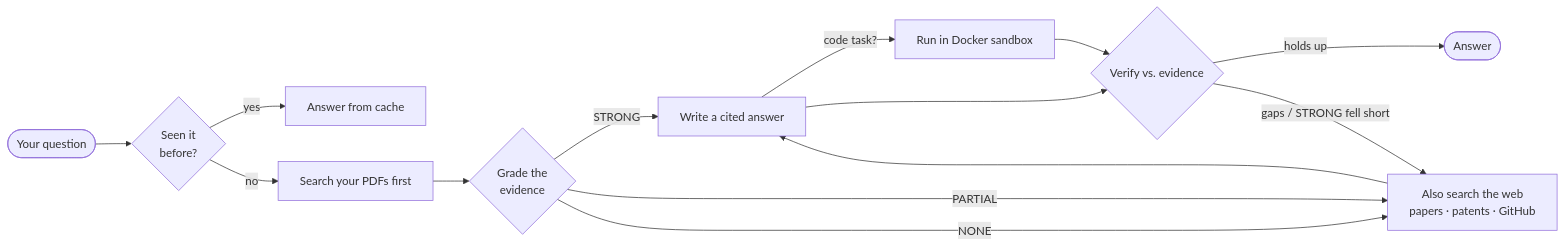
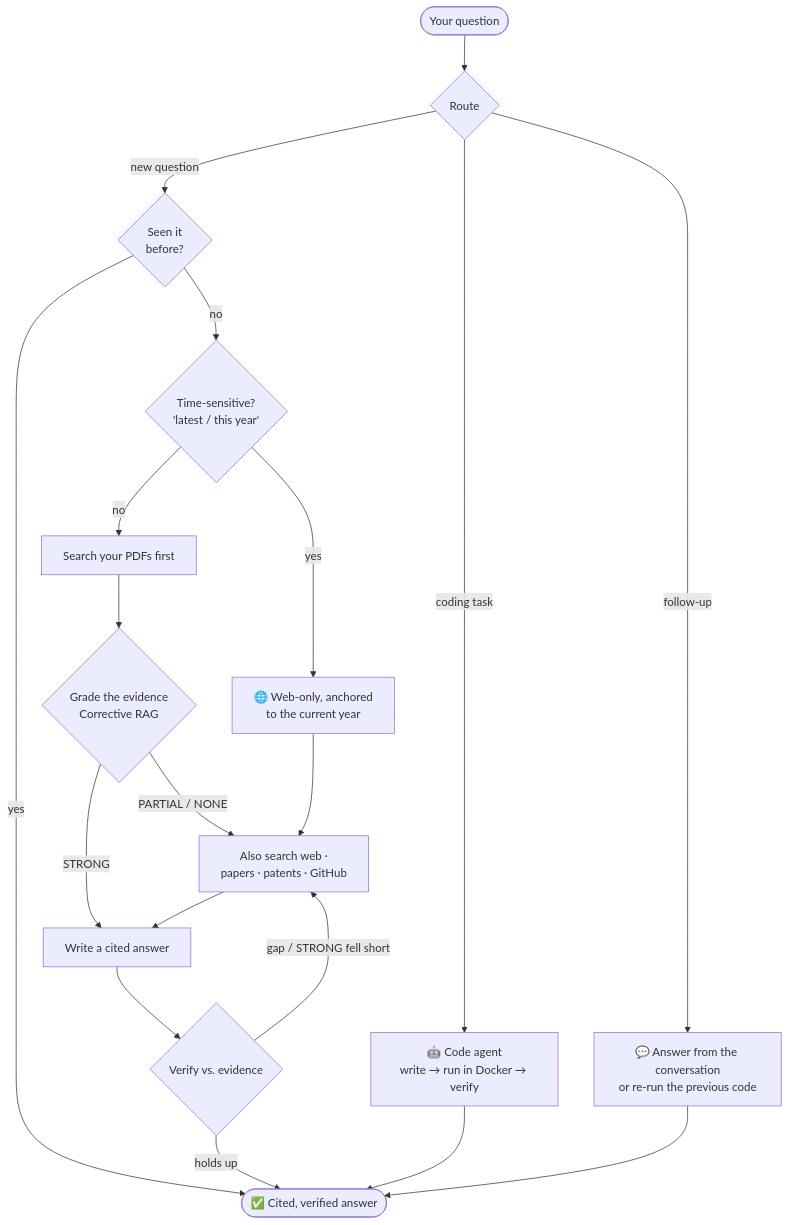
Before and after one commit to anistondeveloperteam-ANT/Audio-research-assistant: the first of 2 diagrams in README.md, drawn with Mermaid. The commit also changed other lines of this file and 6 other files, not shown here.

First line of the commit message:
docs: relicense MIT, refresh README + pipeline diagram, prune internal docs

````diff
--- a/README.md
+++ b/README.md
@@ -116,16 +115,21 @@
 ```mermaid
-flowchart LR
-    Q([Your question]) --> M{Seen it<br/>before?}
-    M -- yes --> C[Answer from cache]
-    M -- no --> L[Search your PDFs first]
-    L --> G{Grade the<br/>evidence}
+flowchart TD
+    Q([Your question]) --> R{Route}
+    R -- coding task --> AGT["🤖 Code agent<br/>write → run in Docker → verify"]
+    R -- follow-up --> FUP["💬 Answer from the conversation<br/>or re-run the previous code"]
+    R -- new question --> CA{Seen it<br/>before?}
+    CA -- yes --> A
+    CA -- no --> FR{Time-sensitive?<br/>'latest / this year'}
+    FR -- yes --> WEB["🌐 Web-only, anchored<br/>to the current year"]
+    FR -- no --> L[Search your PDFs first]
+    L --> G{Grade the evidence<br/>Corrective RAG}
     G -- STRONG --> W[Write a cited answer]
-    G -- PARTIAL --> S[Also search the web<br/>papers · patents · GitHub]
-    G -- NONE --> S
+    G -- PARTIAL / NONE --> S["Also search web ·<br/>papers · patents · GitHub"]
+    WEB --> S
     S --> W
-    W -- code task? --> D[Run in Docker sandbox]
-    D --> V
     W --> V{Verify vs. evidence}
-    V -- holds up --> A([Answer])
-    V -- gaps / STRONG fell short --> S
+    V -- holds up --> A([✅ Cited, verified answer])
+    V -- gap / STRONG fell short --> S
+    AGT --> A
+    FUP --> A
 ```
````
